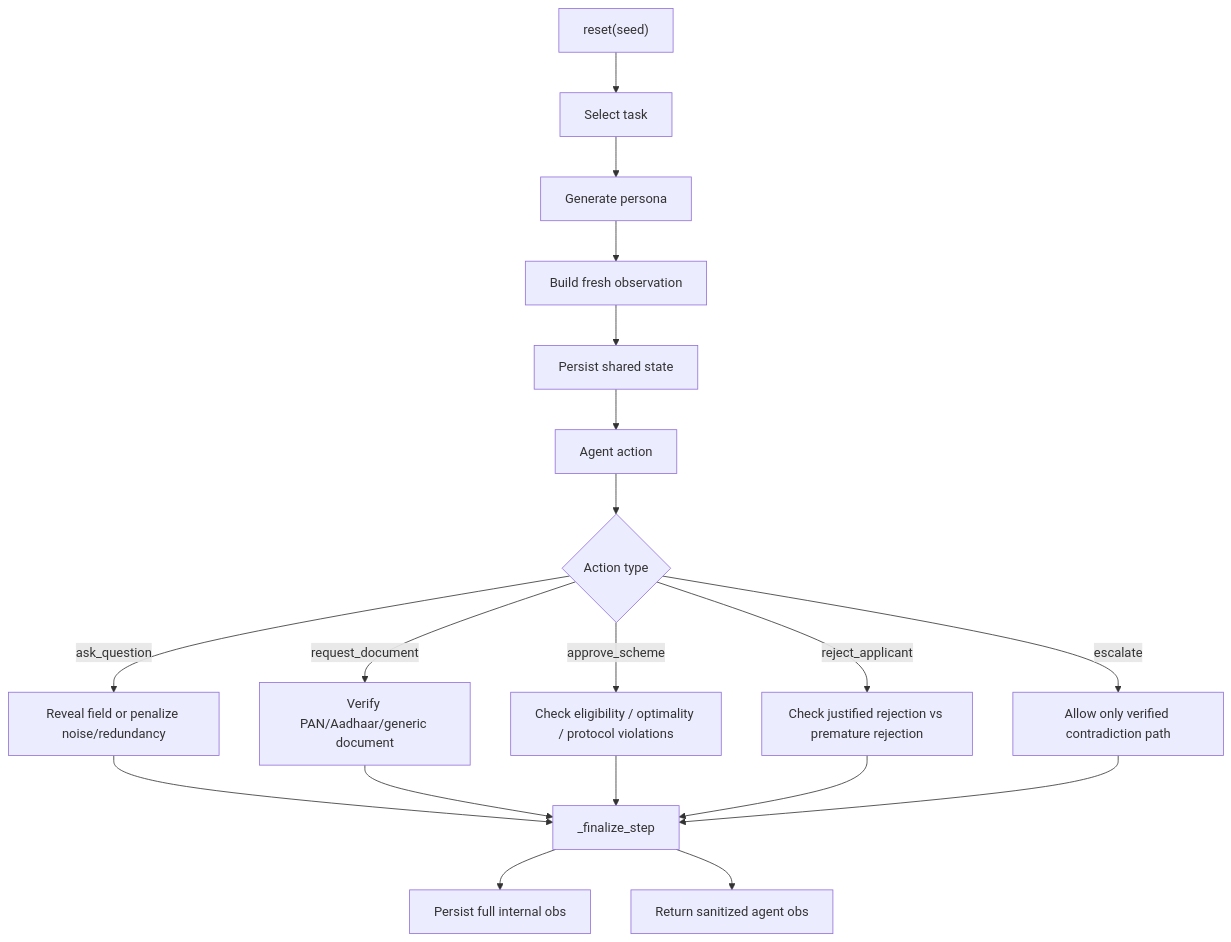
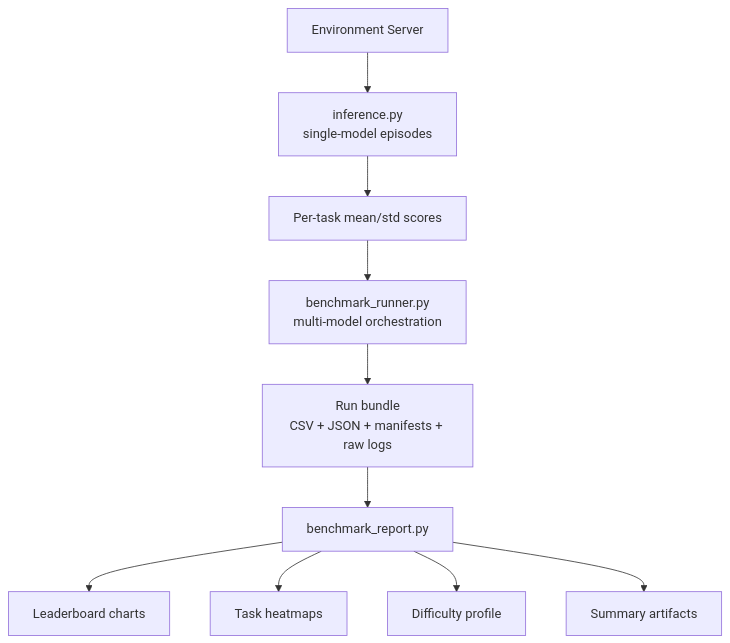
The third of 5 diagrams in README.md (HeetRanpura/rl-agent), drawn with Mermaid before and after one commit. The commit also changed other lines of this file and 20 other files, not shown here.

Commit message:
docs: enrich README with case study and benchmark artifacts

````diff
--- a/README.md
+++ b/README.md
@@ -439,21 +234,12 @@
 ```mermaid
 flowchart TD
-    A["reset(seed)"] --> B["Select task"]
-    B --> C["Generate persona"]
-    C --> D["Build fresh observation"]
-    D --> E["Persist shared state"]
-    E --> F["Agent action"]
-    F --> G{"Action type"}
-    G -->|ask_question| H["Reveal field or penalize noise/redundancy"]
-    G -->|request_document| I["Verify PAN/Aadhaar/generic document"]
-    G -->|approve_scheme| J["Check eligibility / optimality / protocol violations"]
-    G -->|reject_applicant| K["Check justified rejection vs premature rejection"]
-    G -->|escalate| L["Allow only verified contradiction path"]
-    H --> M["_finalize_step"]
-    I --> M
-    J --> M
-    K --> M
-    L --> M
-    M --> N["Persist full internal obs"]
-    M --> O["Return sanitized agent obs"]
+    A["Environment Server"] --> B["inference.py<br/>single-model episodes"]
+    B --> C["Per-task mean/std scores"]
+    C --> D["benchmark_runner.py<br/>multi-model orchestration"]
+    D --> E["Run bundle<br/>CSV + JSON + manifests + raw logs"]
+    E --> F["benchmark_report.py"]
+    F --> G["Leaderboard charts"]
+    F --> H["Task heatmaps"]
+    F --> I["Difficulty profile"]
+    F --> J["Summary artifacts"]
 ```
````
